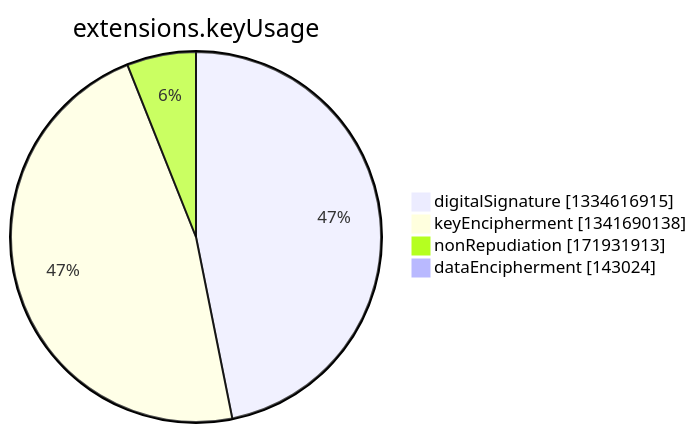
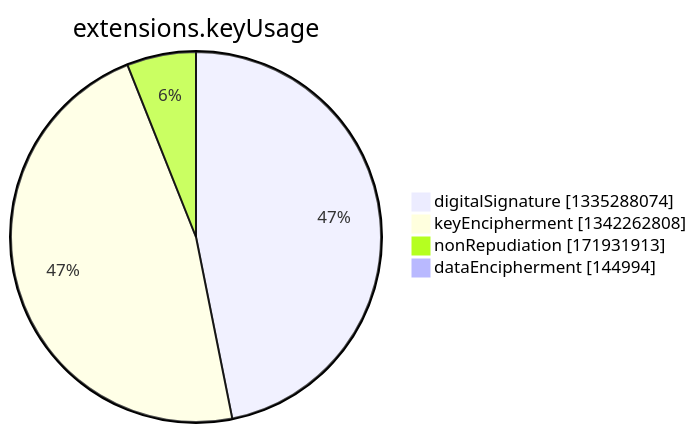
Before and after one commit to christiankrug/ctmonitor_visualization: the seventh of 15 diagrams in argon2022/README.md, drawn with Mermaid. The commit also changed other lines of this file, not shown here.

````diff
--- a/argon2022/README.md
+++ b/argon2022/README.md
@@ -2750,8 +2750,8 @@
 ```mermaid
 pie showData
 title extensions.keyUsage
-"digitalSignature" :1334616915
-"keyEncipherment" :1341690138
+"digitalSignature" :1335288074
+"keyEncipherment" :1342262808
 "nonRepudiation" :171931913
-"dataEncipherment" :143024
+"dataEncipherment" :144994
 ```
````
